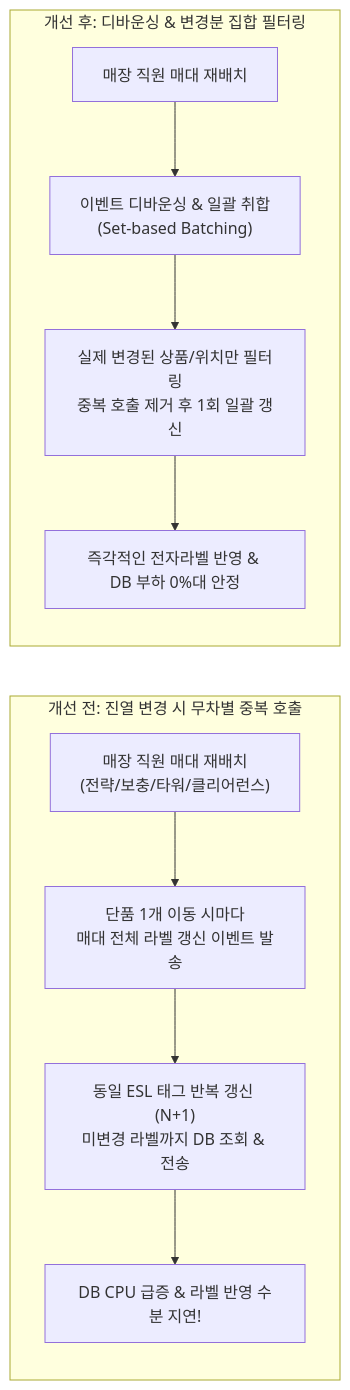
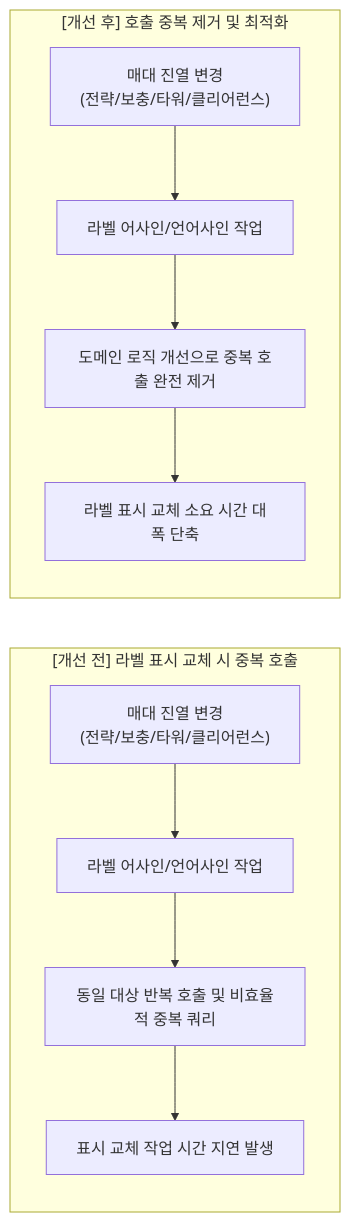
The fourth of 5 diagrams in docs/case/2026-1Q/oy-sale-stat-hourly-cpu-sql.md (djpibo/djpibo.github.io), drawn with Mermaid before and after one commit. The commit also changed other lines of this file and 4 other files, not shown here.

Commit message:
docs: 올영세일 회고 1편 도메인 중심 서술 정제 및 Mermaid 렌더링 지원 추가

````diff
--- a/docs/case/2026-1Q/oy-sale-stat-hourly-cpu-sql.md
+++ b/docs/case/2026-1Q/oy-sale-stat-hourly-cpu-sql.md
@@ -216,20 +205,18 @@
 ```mermaid
 flowchart LR
-    subgraph Bad["개선 전: 진열 변경 시 무차별 중복 호출"]
+    subgraph Before["[개선 전] 라벨 표시 교체 시 중복 호출"]
         direction TB
-        B1["매장 직원 매대 재배치<br/>(전략/보충/타워/클리어런스)"]
-        B2["단품 1개 이동 시마다<br/>매대 전체 라벨 갱신 이벤트 발송"]
-        B3["동일 ESL 태그 반복 갱신 (N+1)<br/>미변경 라벨까지 DB 조회 & 전송"]
-        B4["DB CPU 급증 & 라벨 반영 수분 지연!"]
-        B1 --> B2 --> B3 --> B4
+        E1["매대 진열 변경<br/>(전략/보충/타워/클리어런스)"]
+        E1 --> E2["라벨 어사인/언어사인 작업"]
+        E2 --> E3["동일 대상 반복 호출 및 비효율적 중복 쿼리"]
+        E3 --> E4["표시 교체 작업 시간 지연 발생"]
     end
 
-    subgraph Good["개선 후: 디바운싱 & 변경분 집합 필터링"]
+    subgraph After["[개선 후] 호출 중복 제거 및 최적화"]
         direction TB
-        G1["매장 직원 매대 재배치"]
-        G2["이벤트 디바운싱 & 일괄 취합<br/>(Set-based Batching)"]
-        G3["실제 변경된 상품/위치만 필터링<br/>중복 호출 제거 후 1회 일괄 갱신"]
-        G4["즉각적인 전자라벨 반영 & DB 부하 0%대 안정"]
-        G1 --> G2 --> G3 --> G4
+        O1["매대 진열 변경<br/>(전략/보충/타워/클리어런스)"]
+        O1 --> O2["라벨 어사인/언어사인 작업"]
+        O2 --> O3["도메인 로직 개선으로 중복 호출 완전 제거"]
+        O3 --> O4["라벨 표시 교체 소요 시간 대폭 단축"]
     end
 ```
````
